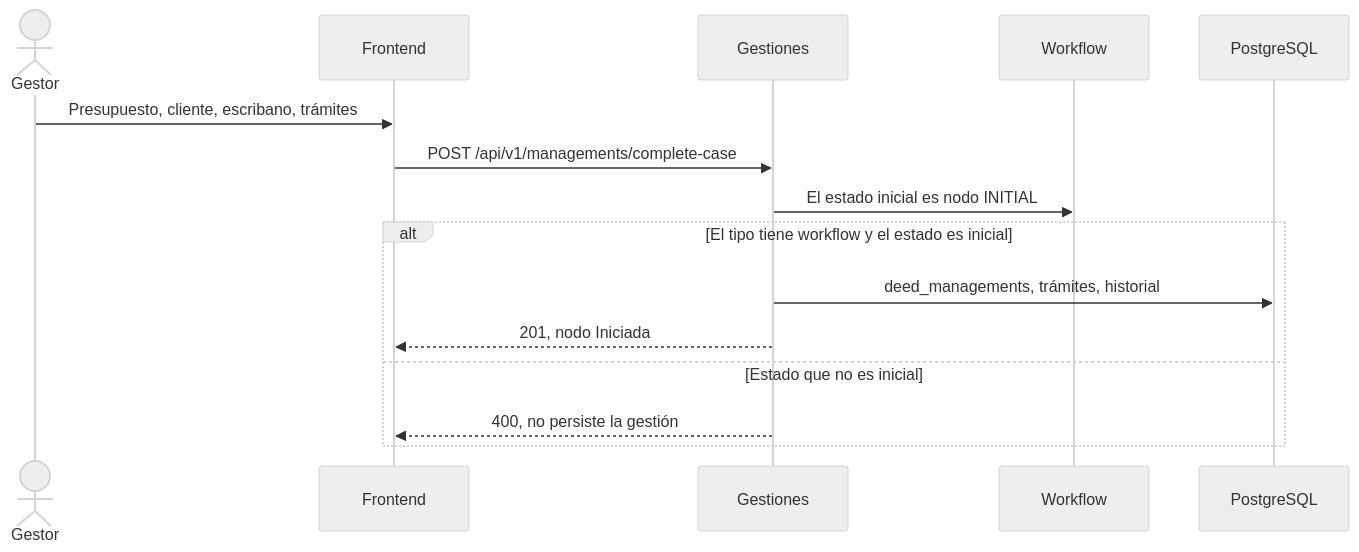
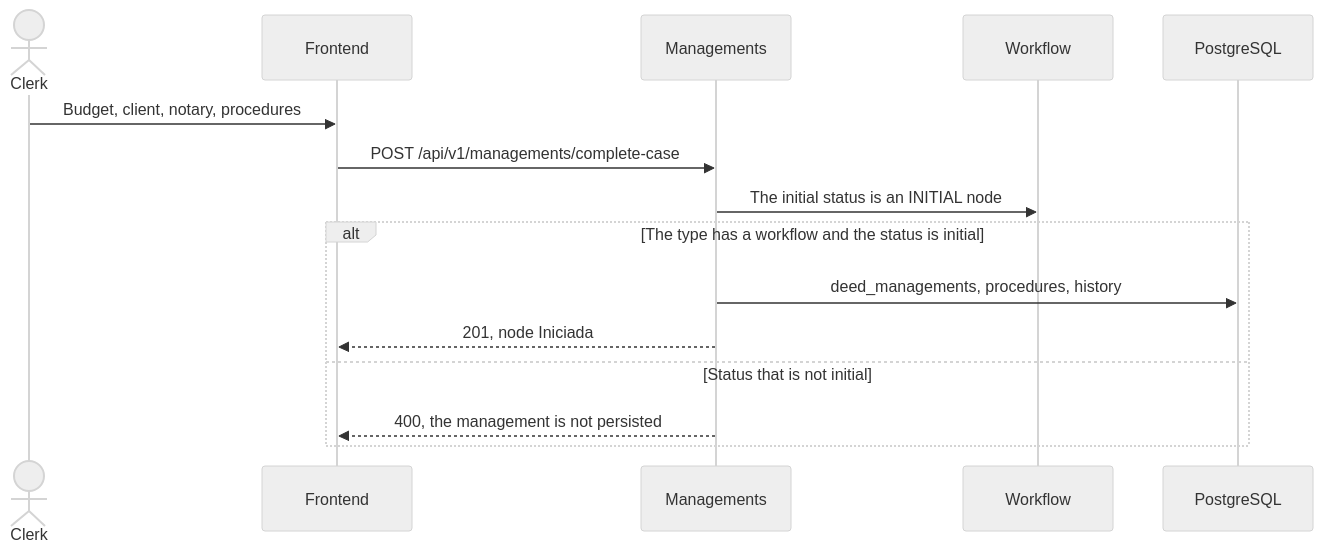
The second of 9 diagrams in docs/200-architecture/203-design/GESTION.md (matiaspakua/notaire), drawn with Mermaid (neutral theme) before and after one commit. The commit also changed other lines of this file and 165 other files, not shown here.

First line of the commit message:
[#1490] docs(architecture): write CU sequence steps in English (#1505)

````diff
--- a/docs/200-architecture/203-design/GESTION.md
+++ b/docs/200-architecture/203-design/GESTION.md
@@ -98,18 +99,18 @@
 ```mermaid
 sequenceDiagram
-  actor Gestor
+  actor Clerk
   participant FE as Frontend
-  participant API as Gestiones
+  participant API as Managements
   participant WF as Workflow
   participant DB as PostgreSQL
 
-  Gestor->>FE: Presupuesto, cliente, escribano, trámites
+  Clerk->>FE: Budget, client, notary, procedures
   FE->>API: POST /api/v1/managements/complete-case
-  API->>WF: El estado inicial es nodo INITIAL
-  alt El tipo tiene workflow y el estado es inicial
-    API->>DB: deed_managements, trámites, historial
-    API-->>FE: 201, nodo Iniciada
-  else Estado que no es inicial
-    API-->>FE: 400, no persiste la gestión
+  API->>WF: The initial status is an INITIAL node
+  alt The type has a workflow and the status is initial
+    API->>DB: deed_managements, procedures, history
+    API-->>FE: 201, node Iniciada
+  else Status that is not initial
+    API-->>FE: 400, the management is not persisted
   end
 ```
````
